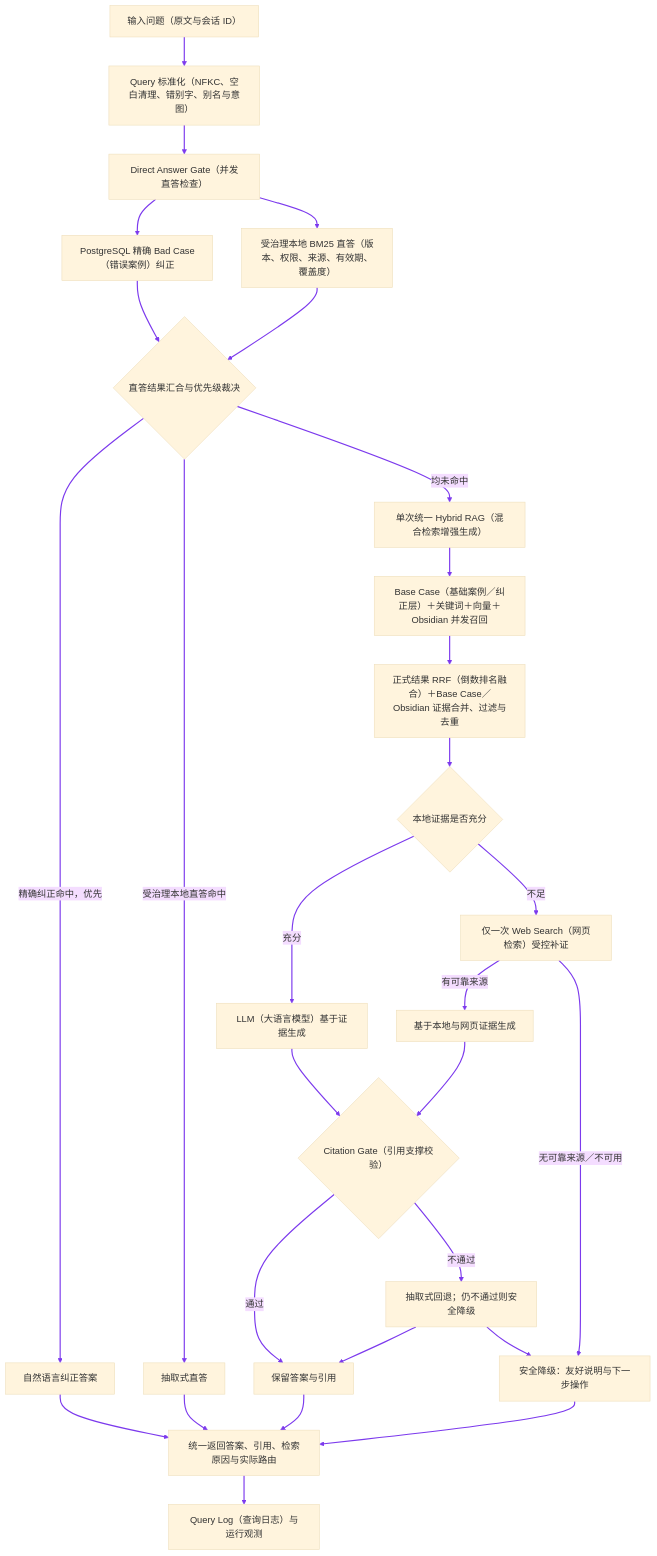
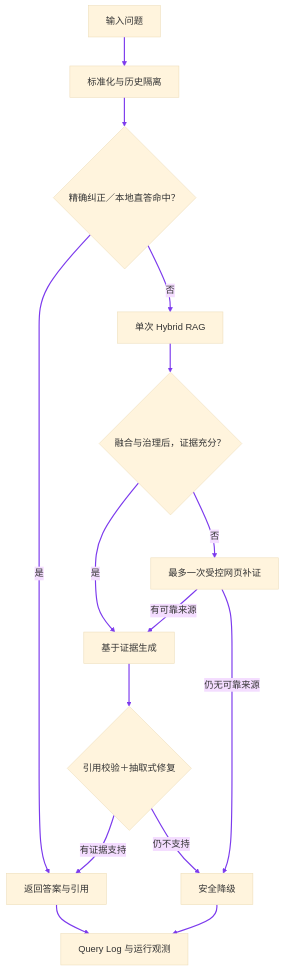
Before and after one commit to monstereatai/RAG: the fourth of 29 diagrams in docs/interview/功能步骤流程.md, drawn with Mermaid (base theme). The commit also changed other lines of this file and 37 other files, not shown here.

````diff
--- a/docs/interview/功能步骤流程.md
+++ b/docs/interview/功能步骤流程.md
@@ -160,31 +229,18 @@
 ```mermaid
 flowchart TB
-  A[输入问题（原文与会话 ID）] --> B[Query 标准化（NFKC、空白清理、错别字、别名与意图）]
-  B --> C[Direct Answer Gate（并发直答检查）]
-  C --> D[PostgreSQL 精确 Bad Case（错误案例）纠正]
-  C --> E[受治理本地 BM25 直答（版本、权限、来源、有效期、覆盖度）]
-  D --> F{直答结果汇合与优先级裁决}
-  E --> F
-  F -->|精确纠正命中，优先| G[自然语言纠正答案]
-  F -->|受治理本地直答命中| H[抽取式直答]
-  F -->|均未命中| I[单次统一 Hybrid RAG（混合检索增强生成）]
-  I --> J[Base Case（基础案例／纠正层）＋关键词＋向量＋Obsidian 并发召回]
-  J --> K[正式结果 RRF（倒数排名融合）＋Base Case／Obsidian 证据合并、过滤与去重]
-  K --> L{本地证据是否充分}
-  L -->|充分| M[LLM（大语言模型）基于证据生成]
-  L -->|不足| N[仅一次 Web Search（网页检索）受控补证]
-  N -->|有可靠来源| O[基于本地与网页证据生成]
-  N -->|无可靠来源／不可用| P[安全降级：友好说明与下一步操作]
-  M --> Q{Citation Gate（引用支撑校验）}
-  O --> Q
-  Q -->|通过| R[保留答案与引用]
-  Q -->|不通过| S[抽取式回退；仍不通过则安全降级]
-  S --> R
-  S --> P
-  G --> T[统一返回答案、引用、检索原因与实际路由]
-  H --> T
-  R --> T
-  P --> T
-  T --> U[Query Log（查询日志）与运行观测]
-  linkStyle 0,1,2,3,4,5,6,7,8,9,10,11,12,13,14,15,16,17,18,19,20,21,22,23,24,25,26 stroke:#7c3aed,stroke-width:2px
+  A[输入问题] --> B[标准化与历史隔离]
+  B --> C{精确纠正／本地直答命中？}
+  C -->|是| I[返回答案与引用]
+  C -->|否| D[单次 Hybrid RAG]
+  D --> E{融合与治理后，证据充分？}
+  E -->|是| F[基于证据生成]
+  E -->|否| G[最多一次受控网页补证]
+  G -->|有可靠来源| F
+  G -->|仍无可靠来源| H[安全降级]
+  F --> J{引用校验＋抽取式修复}
+  J -->|有证据支持| I
+  J -->|仍不支持| H
+  I --> K[Query Log 与运行观测]
+  H --> K
+  linkStyle 0,1,2,3,4,5,6,7,8,9,10,11,12,13 stroke:#7c3aed,stroke-width:2px
 ```
````
